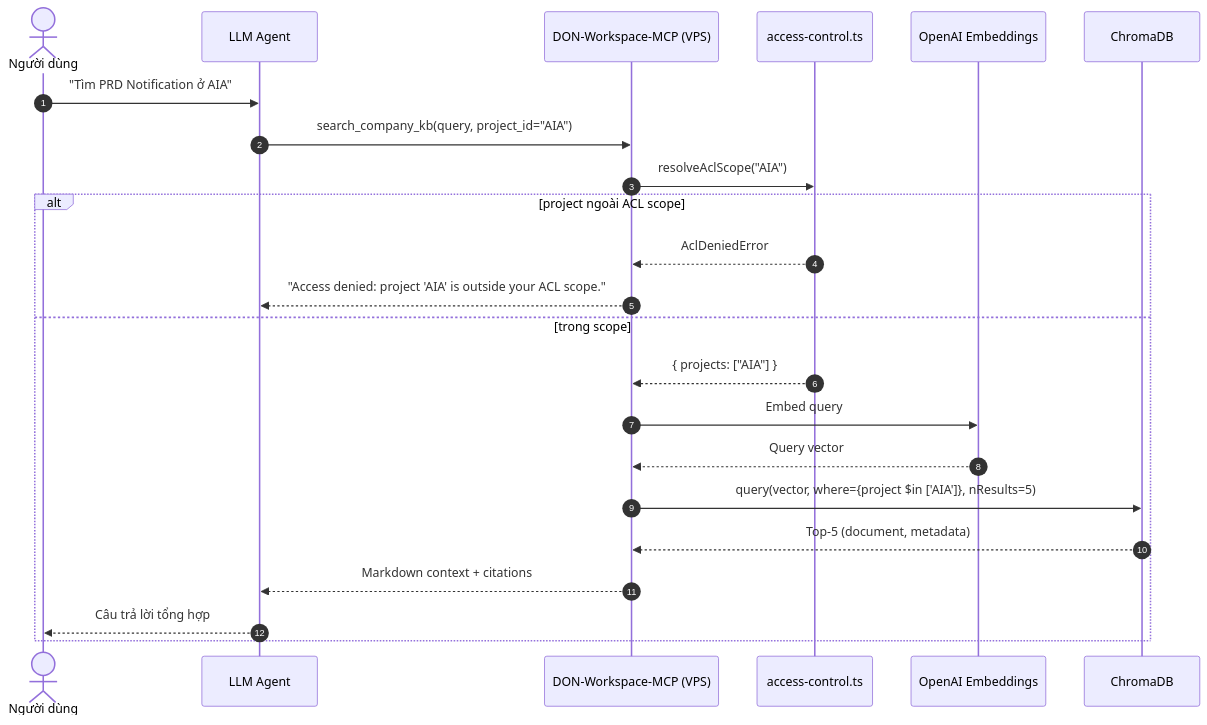
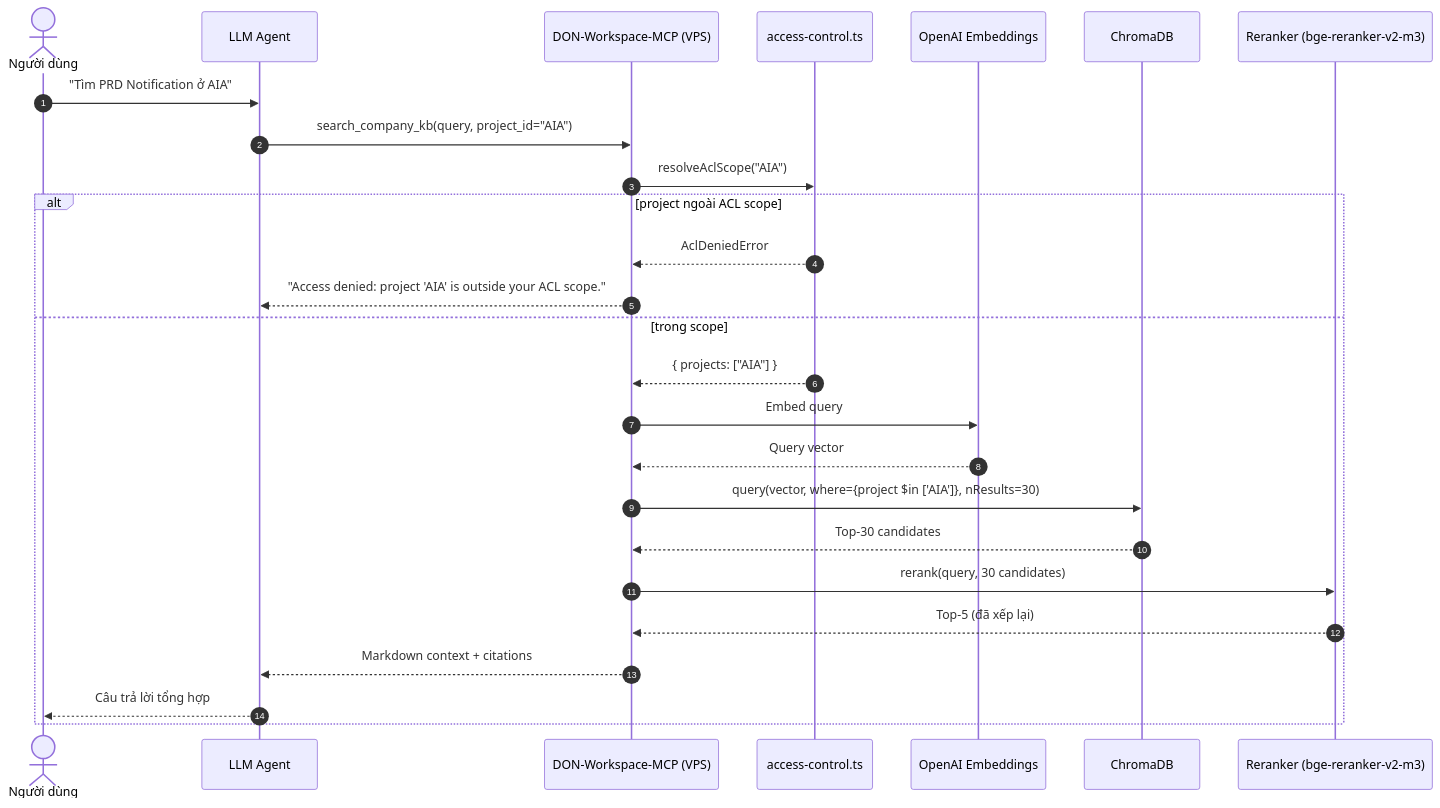
One commit to cachep-xidau/MCP-server changed the fourth of 4 diagrams in docs/system-architecture.md. Above: the diagram before and after it, drawn with Mermaid. The commit also changed other lines of this file and 3 other files, not shown here.

First line of the commit message:
feat: add bge-reranker-v2-m3 cross-encoder rerank stage

````diff
--- a/docs/system-architecture.md
+++ b/docs/system-architecture.md
@@ -104,26 +106,29 @@
 ```mermaid
 sequenceDiagram
     autonumber
     actor User as Người dùng
     participant AI as LLM Agent
     participant MCP as DON-Workspace-MCP (VPS)
     participant ACL as access-control.ts
     participant OpenAI as OpenAI Embeddings
     participant Chroma as ChromaDB
+    participant RR as Reranker (bge-reranker-v2-m3)
 
     User->>AI: "Tìm PRD Notification ở AIA"
     AI->>MCP: search_company_kb(query, project_id="AIA")
     MCP->>ACL: resolveAclScope("AIA")
     alt project ngoài ACL scope
         ACL-->>MCP: AclDeniedError
         MCP-->>AI: "Access denied: project 'AIA' is outside your ACL scope."
     else trong scope
         ACL-->>MCP: { projects: ["AIA"] }
         MCP->>OpenAI: Embed query
         OpenAI-->>MCP: Query vector
-        MCP->>Chroma: query(vector, where={project $in ['AIA']}, nResults=5)
-        Chroma-->>MCP: Top-5 (document, metadata)
+        MCP->>Chroma: query(vector, where={project $in ['AIA']}, nResults=30)
+        Chroma-->>MCP: Top-30 candidates
+        MCP->>RR: rerank(query, 30 candidates)
+        RR-->>MCP: Top-5 (đã xếp lại)
         MCP-->>AI: Markdown context + citations
         AI-->>User: Câu trả lời tổng hợp
     end
 ```
````
